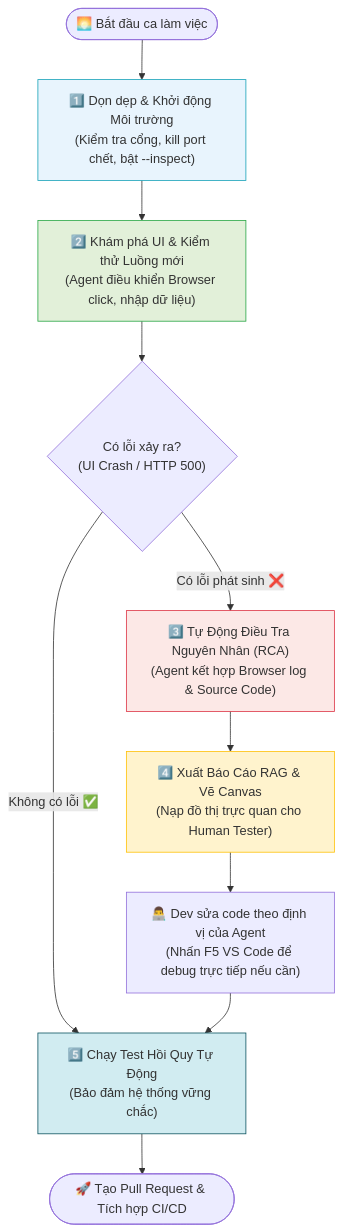
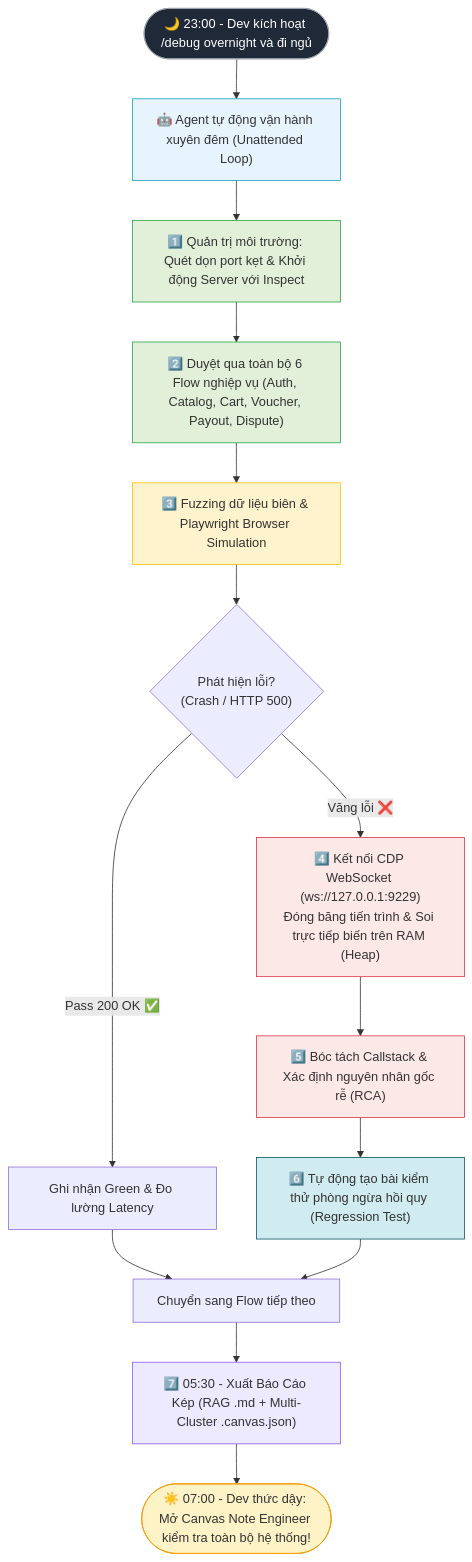
Before and after one commit to justpassingByte/agentic-test-ops: the second of 5 diagrams in README.md, drawn with Mermaid. The commit also changed other lines of this file, not shown here.

Commit message:
docs: elevate Autonomous Overnight SRE Sweep to flagship main scenario in README

````diff
--- a/README.md
+++ b/README.md
@@ -165,20 +167,29 @@
 ```mermaid
 flowchart TD
-    START(["🌅 Bắt đầu ca làm việc"]) --> S1["1️⃣ Dọn dẹp & Khởi động Môi trường\n(Kiểm tra cổng, kill port chết, bật --inspect)"]
-    S1 --> S2["2️⃣ Khám phá UI & Kiểm thử Luồng mới\n(Agent điều khiển Browser click, nhập dữ liệu)"]
-    S2 --> DEC{"Có lỗi xảy ra?\n(UI Crash / HTTP 500)"}
+    NIGHT(["🌙 23:00 - Dev kích hoạt /debug overnight và đi ngủ"]) --> AUTO["🤖 Agent tự động vận hành xuyên đêm (Unattended Loop)"]
+    AUTO --> ENV["1️⃣ Quản trị môi trường: Quét dọn port kẹt & Khởi động Server với Inspect"]
+    ENV --> SWEEP["2️⃣ Duyệt qua toàn bộ 6 Flow nghiệp vụ (Auth, Catalog, Cart, Voucher, Payout, Dispute)"]
+    SWEEP --> FUZZ["3️⃣ Fuzzing dữ liệu biên & Playwright Browser Simulation"]
+    FUZZ --> CHECK{"Phát hiện lỗi?\n(Crash / HTTP 500)"}
     
-    DEC -->|"Không có lỗi ✅"| S5["5️⃣ Chạy Test Hồi Quy Tự Động\n(Bảo đảm hệ thống vững chắc)"]
-    DEC -->|"Có lỗi phát sinh ❌"| S3["3️⃣ Tự Động Điều Tra Nguyên Nhân (RCA)\n(Agent kết hợp Browser log & Source Code)"]
+    CHECK -->|"Pass 200 OK ✅"| PASS["Ghi nhận Green & Đo lường Latency"]
+    CHECK -->|"Văng lỗi ❌"| CDP["4️⃣ Kết nối CDP WebSocket (ws://127.0.0.1:9229)\nĐóng băng tiến trình & Soi trực tiếp biến trên RAM (Heap)"]
     
-    S3 --> S4["4️⃣ Xuất Báo Cáo RAG & Vẽ Canvas\n(Nạp đồ thị trực quan cho Human Tester)"]
-    S4 --> FIX["👨‍💻 Dev sửa code theo định vị của Agent\n(Nhấn F5 VS Code để debug trực tiếp nếu cần)"]
-    FIX --> S5
-    S5 --> COMMIT(["🚀 Tạo Pull Request & Tích hợp CI/CD"])
+    CDP --> RCA["5️⃣ Bóc tách Callstack & Xác định nguyên nhân gốc rễ (RCA)"]
+    RCA --> REG["6️⃣ Tự động tạo bài kiểm thử phòng ngừa hồi quy (Regression Test)"]
+    PASS --> NEXT["Chuyển sang Flow tiếp theo"]
+    REG --> NEXT
+    NEXT --> REPORT["7️⃣ 05:30 - Xuất Báo Cáo Kép (RAG .md + Multi-Cluster .canvas.json)"]
+    REPORT --> MORNING(["☀️ 07:00 - Dev thức dậy: Mở Canvas Note Engineer kiểm tra toàn bộ hệ thống!"])
 
-    style S1 fill:#e8f4fd,stroke:#17a2b8
-    style S2 fill:#e2f0d9,stroke:#28a745
-    style S3 fill:#fce8e6,stroke:#dc3545
-    style S4 fill:#fff3cd,stroke:#ffc107
-    style S5 fill:#d1ecf1,stroke:#0c5460
+    style NIGHT fill:#1f2937,stroke:#9ca3af,color:#fff
+    style AUTO fill:#e8f4fd,stroke:#17a2b8
+    style ENV fill:#e2f0d9,stroke:#28a745
+    style SWEEP fill:#e2f0d9,stroke:#28a745
+    style FUZZ fill:#fff3cd,stroke:#ffc107
+    style CDP fill:#fce8e6,stroke:#dc3545
+    style RCA fill:#fce8e6,stroke:#dc3545
+    style REG fill:#d1ecf1,stroke:#0c5460
+    style REPORT fill:#ede9fe,stroke:#8b5cf6
+    style MORNING fill:#fef3c7,stroke:#f59e0b
 ```
````
